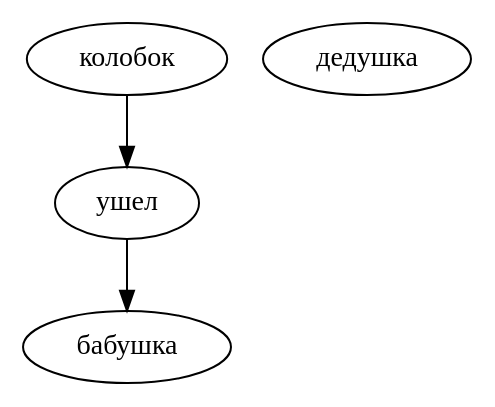
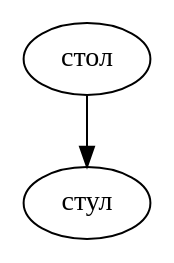
One commit to LeonovEvgenii/AGI changed the diagram in graph.dot. Above: the diagram before and after it, drawn with Graphviz. The commit also changed 3 other files, not shown here.

```diff
--- a/graph.dot
+++ b/graph.dot
@@ -1,5 +1,5 @@
 digraph G {
-  ушел -> бабушка;
-  колобок -> ушел;
-  дедушка
+  стол;
+  стол -> стул;
+  стул;
 }
```
